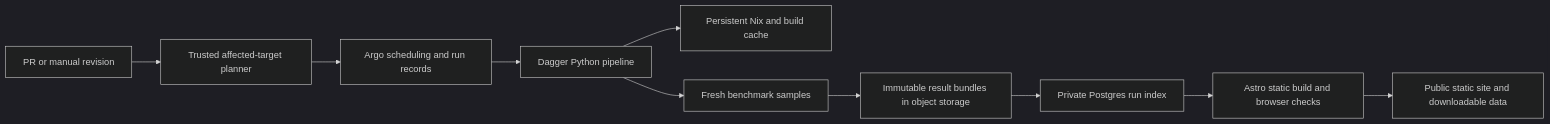
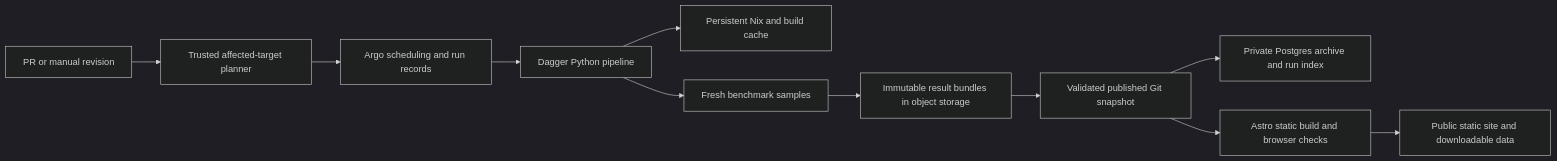
Before and after one commit to niklas-heer/speed-comparison: the diagram in docs/pipeline-architecture.md, drawn with Mermaid (dark theme). The commit also changed 8 other files, not shown here.

````diff
--- a/docs/pipeline-architecture.md
+++ b/docs/pipeline-architecture.md
@@ -14,12 +14,13 @@
 ```mermaid
 flowchart LR
     PR[PR or manual revision] --> Plan[Trusted affected-target planner]
     Plan --> Argo[Argo scheduling and run records]
     Argo --> Dagger[Dagger Python pipeline]
     Dagger --> Cache[Persistent Nix and build cache]
     Dagger --> Samples[Fresh benchmark samples]
     Samples --> S3[Immutable result bundles in object storage]
-    S3 --> Index[Private Postgres run index]
-    Index --> Astro[Astro static build and browser checks]
+    S3 --> Published[Validated published Git snapshot]
+    Published --> Index[Private Postgres archive and run index]
+    Published --> Astro[Astro static build and browser checks]
     Astro --> Site[Public static site and downloadable data]
 ```
````
